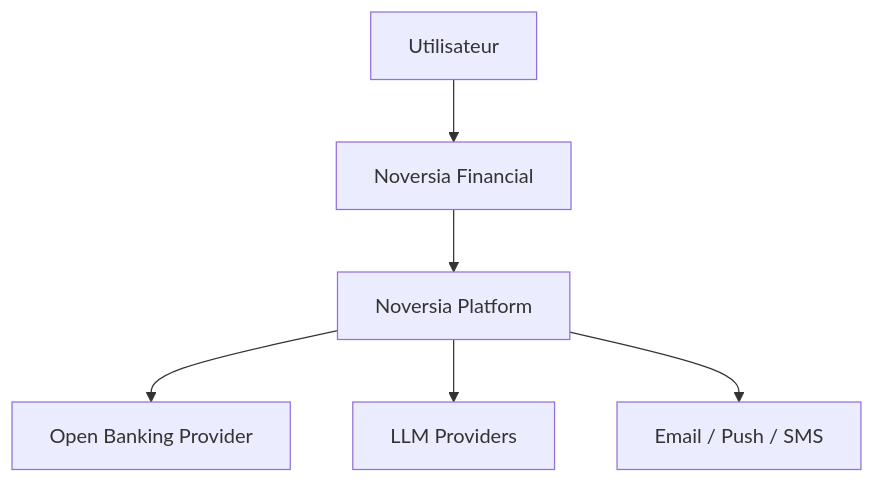
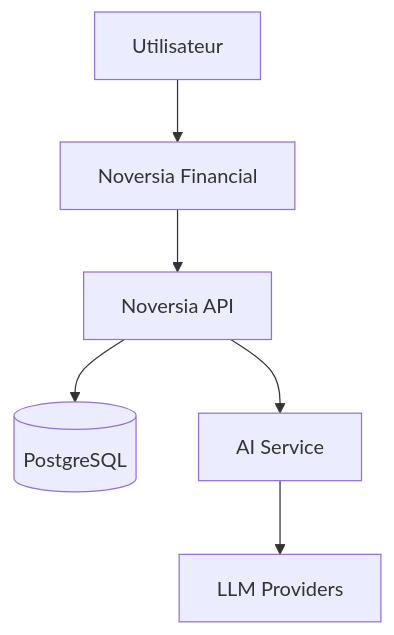
The diagram in docs/05-architecture/c4.md (Zinervale/Noversia), drawn with Mermaid before and after one commit. The commit also changed other lines of this file and 39 other files, not shown here.

Commit message:
chore: initialize Noversia Platform foundation

````diff
--- a/docs/05-architecture/c4.md
+++ b/docs/05-architecture/c4.md
@@ -5,8 +5,8 @@
 ```mermaid
 flowchart TD
     User[Utilisateur] --> App[Noversia Financial]
-    App --> Platform[Noversia Platform]
-    Platform --> Bank[Open Banking Provider]
-    Platform --> LLM[LLM Providers]
-    Platform --> Notify[Email / Push / SMS]
+    App --> API[Noversia API]
+    API --> DB[(PostgreSQL)]
+    API --> AI[AI Service]
+    AI --> LLM[LLM Providers]
 ```
````
